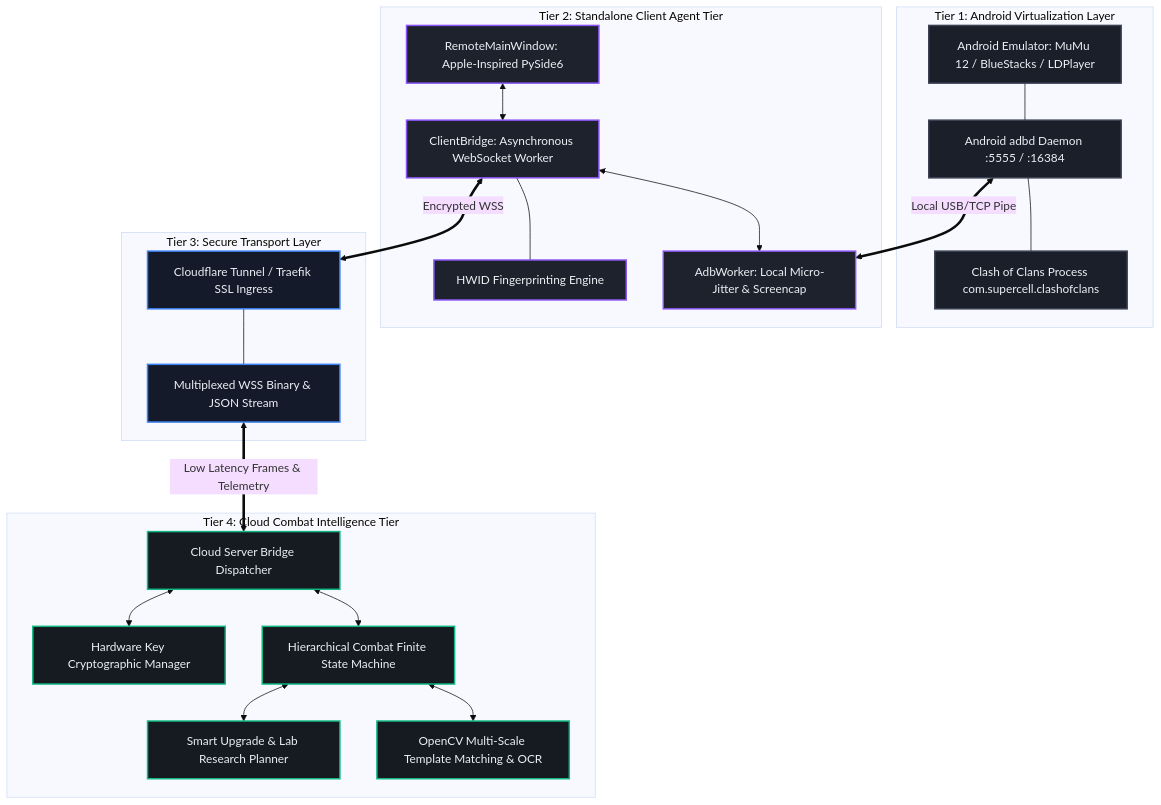
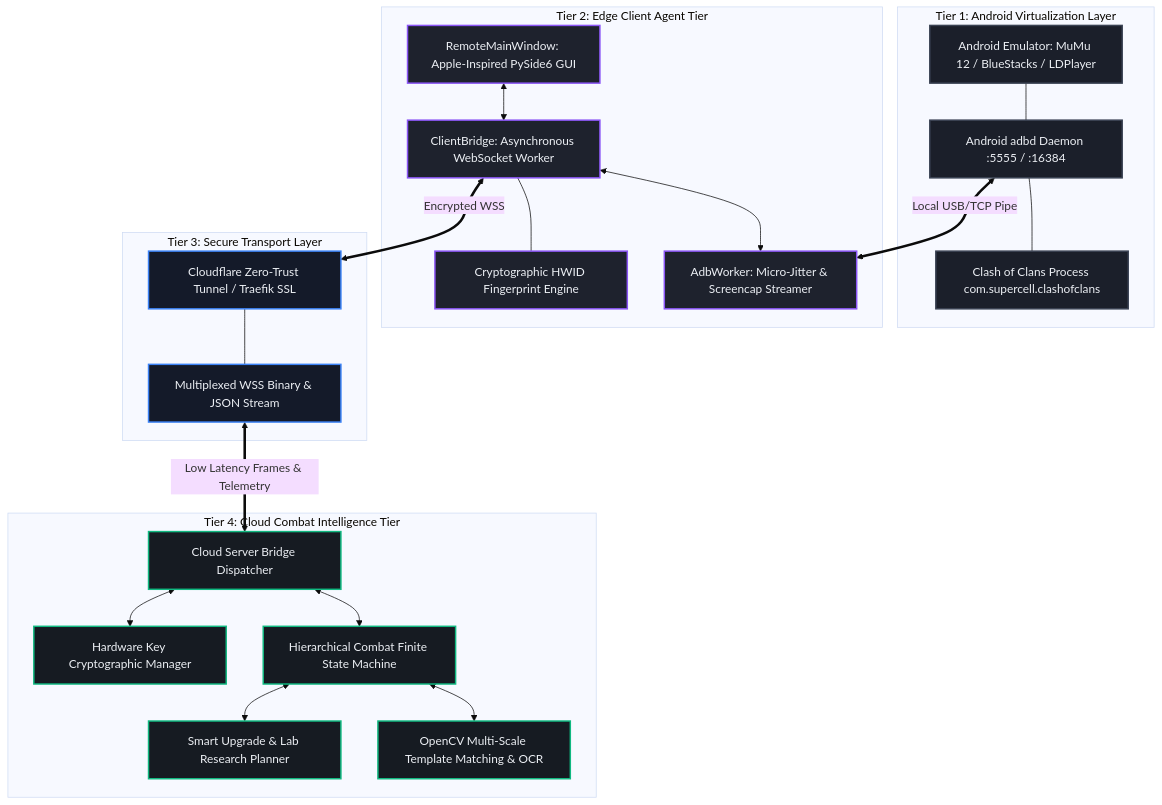
Before and after one commit to daddyc00l69/clashbot-client: the diagram in README.md, drawn with Mermaid (base theme). The commit also changed other lines of this file and 118 other files, not shown here.

````diff
--- a/README.md
+++ b/README.md
@@ -68,54 +39,54 @@
 ```mermaid
 graph TB
     subgraph Tier1 [Tier 1: Android Virtualization Layer]
         EMU[Android Emulator: MuMu 12 / BlueStacks / LDPlayer]
         ADB_DAEMON[Android adbd Daemon :5555 / :16384]
         GAME[Clash of Clans Process com.supercell.clashofclans]
         EMU --- ADB_DAEMON
         ADB_DAEMON --- GAME
     end
 
-    subgraph Tier2 [Tier 2: Standalone Client Agent Tier]
-        CLIENT_UI[RemoteMainWindow: Apple-Inspired PySide6]
+    subgraph Tier2 [Tier 2: Edge Client Agent Tier]
+        CLIENT_UI[RemoteMainWindow: Apple-Inspired PySide6 GUI]
         CLIENT_BRIDGE[ClientBridge: Asynchronous WebSocket Worker]
-        ADB_AGENT[AdbWorker: Local Micro-Jitter & Screencap]
-        HWID_CORE[HWID Fingerprinting Engine]
+        ADB_AGENT[AdbWorker: Micro-Jitter & Screencap Streamer]
+        HWID_CORE[Cryptographic HWID Fingerprint Engine]
         
         CLIENT_UI <--> CLIENT_BRIDGE
         CLIENT_BRIDGE <--> ADB_AGENT
         CLIENT_BRIDGE --- HWID_CORE
     end
 
     subgraph Tier3 [Tier 3: Secure Transport Layer]
-        TUNNEL[Cloudflare Tunnel / Traefik SSL Ingress]
+        TUNNEL[Cloudflare Zero-Trust Tunnel / Traefik SSL]
         WS_STREAM[Multiplexed WSS Binary & JSON Stream]
         TUNNEL --- WS_STREAM
     end
 
     subgraph Tier4 [Tier 4: Cloud Combat Intelligence Tier]
         SERVER_DISP[Cloud Server Bridge Dispatcher]
         FSM_ENGINE[Hierarchical Combat Finite State Machine]
         CV_PIPELINE[OpenCV Multi-Scale Template Matching & OCR]
         UPGRADE_MGR[Smart Upgrade & Lab Research Planner]
         LIC_AUTH[Hardware Key Cryptographic Manager]
 
         SERVER_DISP <--> FSM_ENGINE
         FSM_ENGINE <--> CV_PIPELINE
         FSM_ENGINE <--> UPGRADE_MGR
         SERVER_DISP <--> LIC_AUTH
     end
 
     ADB_DAEMON <==>|Local USB/TCP Pipe| ADB_AGENT
     CLIENT_BRIDGE <==>|Encrypted WSS| TUNNEL
     WS_STREAM <==>|Low Latency Frames & Telemetry| SERVER_DISP
 
     classDef t1 fill:#1B1F2A,stroke:#3A4253,stroke-width:2px,color:#ECEFF4;
     classDef t2 fill:#1E222D,stroke:#8B55F6,stroke-width:2px,color:#ECEFF4;
     classDef t3 fill:#141A29,stroke:#3B82F6,stroke-width:2px,color:#ECEFF4;
     classDef t4 fill:#161B22,stroke:#10B981,stroke-width:2px,color:#ECEFF4;
 
     class EMU,ADB_DAEMON,GAME t1;
     class CLIENT_UI,CLIENT_BRIDGE,ADB_AGENT,HWID_CORE t2;
     class TUNNEL,WS_STREAM t3;
     class SERVER_DISP,FSM_ENGINE,CV_PIPELINE,UPGRADE_MGR,LIC_AUTH t4;
 ```
````
